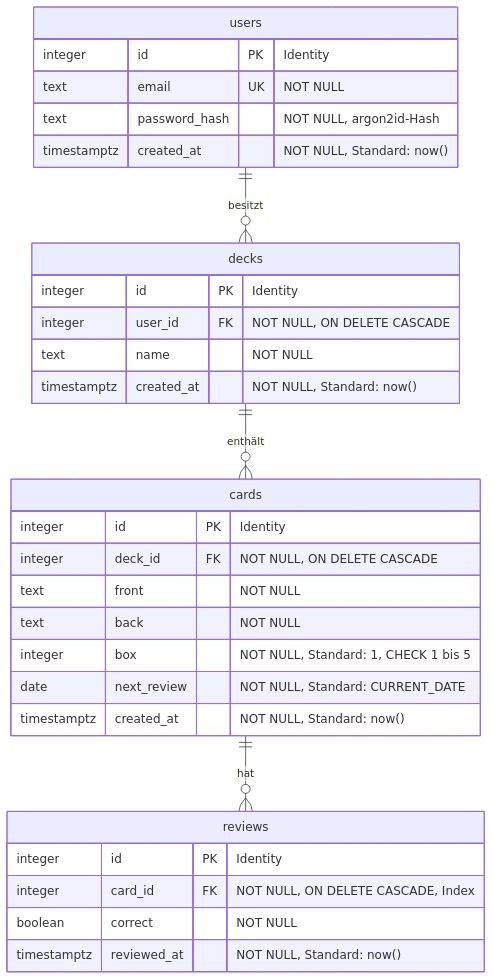
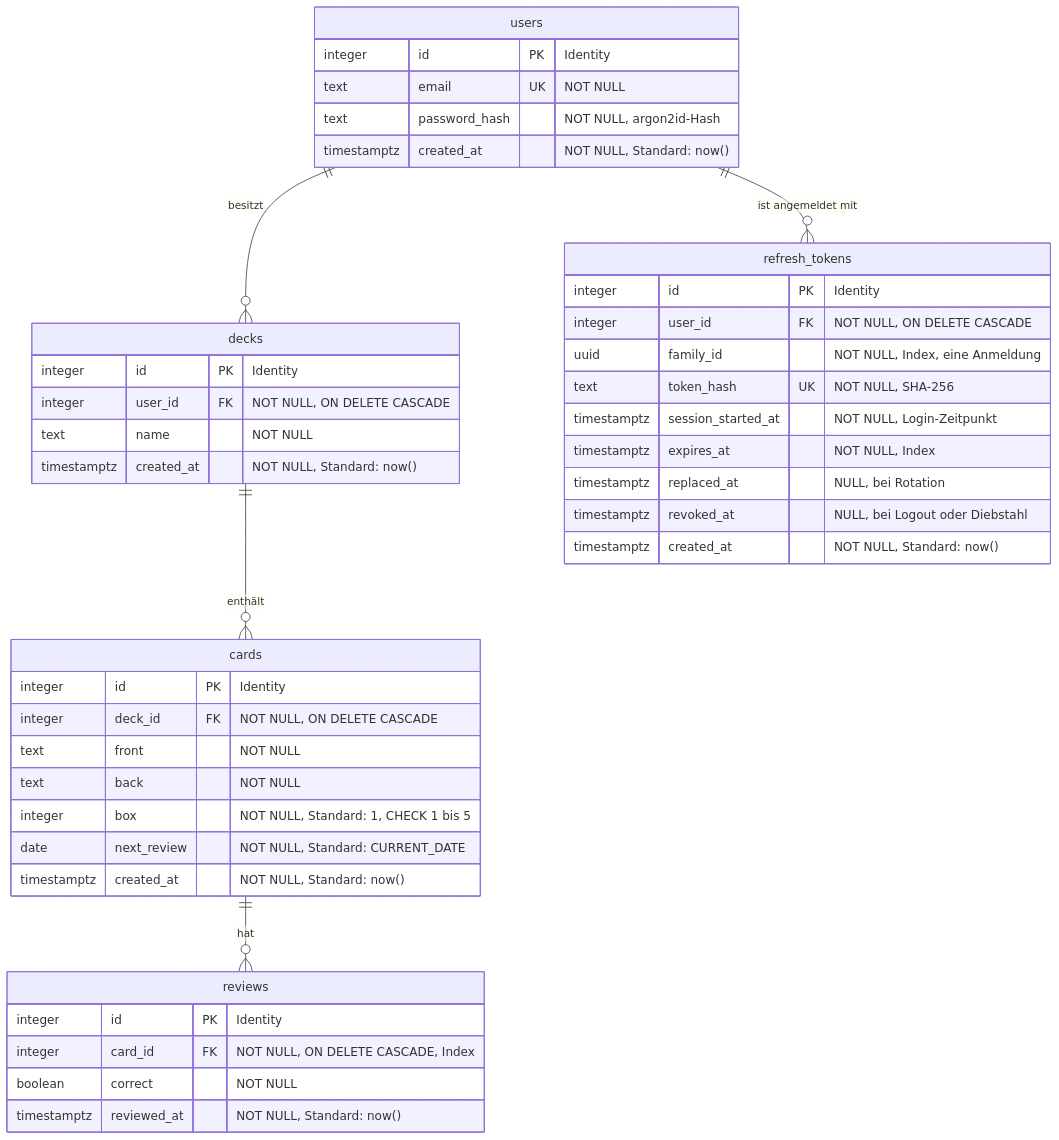
One commit to PhilipWie/flashcards-app changed the diagram in docs/Datenmodell.md. Above: the diagram before and after it, drawn with Mermaid. The commit also changed other lines of this file and 5 other files, not shown here.

First line of the commit message:
docs: refresh tokens, cookie routes and CSRF protection

````diff
--- a/docs/Datenmodell.md
+++ b/docs/Datenmodell.md
@@ -11,37 +11,50 @@
 ```mermaid
 erDiagram
     users ||--o{ decks : "besitzt"
     decks ||--o{ cards : "enthält"
     cards ||--o{ reviews : "hat"
+    users ||--o{ refresh_tokens : "ist angemeldet mit"
  
     users {
         integer id PK "Identity"
         text email UK "NOT NULL"
         text password_hash "NOT NULL, argon2id-Hash"
         timestamptz created_at "NOT NULL, Standard: now()"
     }
  
     decks {
         integer id PK "Identity"
         integer user_id FK "NOT NULL, ON DELETE CASCADE"
         text name "NOT NULL"
         timestamptz created_at "NOT NULL, Standard: now()"
     }
  
     cards {
         integer id PK "Identity"
         integer deck_id FK "NOT NULL, ON DELETE CASCADE"
         text front "NOT NULL"
         text back "NOT NULL"
         integer box "NOT NULL, Standard: 1, CHECK 1 bis 5"
         date next_review "NOT NULL, Standard: CURRENT_DATE"
         timestamptz created_at "NOT NULL, Standard: now()"
     }
 
     reviews {
         integer id PK "Identity"
         integer card_id FK "NOT NULL, ON DELETE CASCADE, Index"
         boolean correct "NOT NULL"
         timestamptz reviewed_at "NOT NULL, Standard: now()"
     }
+
+    refresh_tokens {
+        integer id PK "Identity"
+        integer user_id FK "NOT NULL, ON DELETE CASCADE"
+        uuid family_id "NOT NULL, Index, eine Anmeldung"
+        text token_hash UK "NOT NULL, SHA-256"
+        timestamptz session_started_at "NOT NULL, Login-Zeitpunkt"
+        timestamptz expires_at "NOT NULL, Index"
+        timestamptz replaced_at "NULL, bei Rotation"
+        timestamptz revoked_at "NULL, bei Logout oder Diebstahl"
+        timestamptz created_at "NOT NULL, Standard: now()"
+    }
 ```
````
